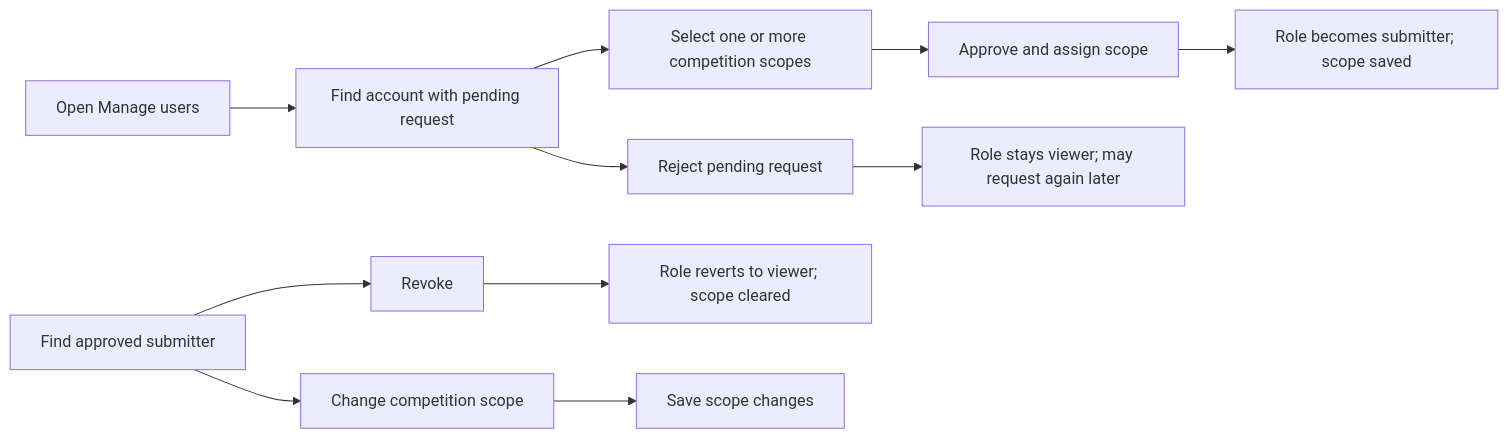
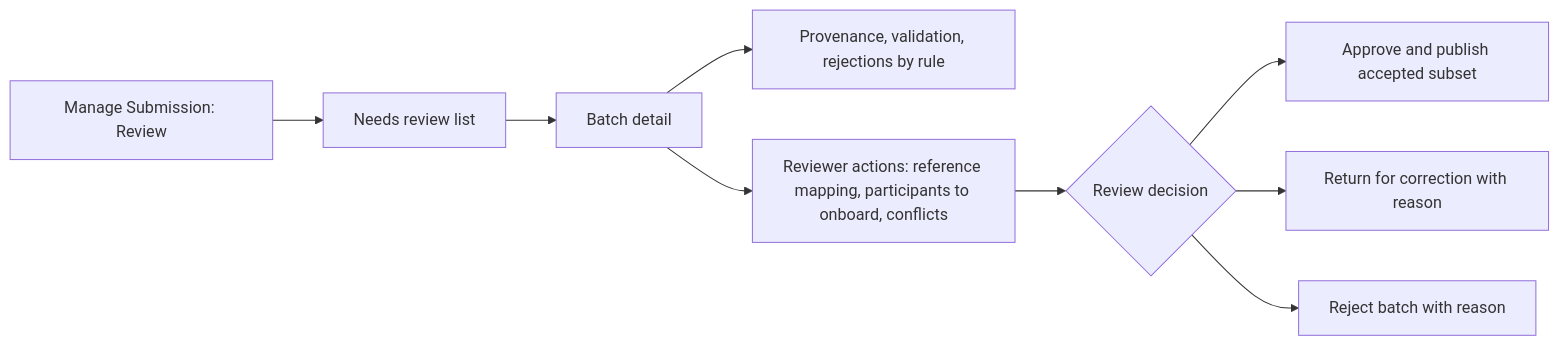
The sixth of 8 diagrams in docs/design/information-architecture-and-wireframes.md (NadavSundy/Sport-Analytics-Tool), drawn with Mermaid before and after one commit. The commit also changed other lines of this file and 10 other files, not shown here.

````diff
--- a/docs/design/information-architecture-and-wireframes.md
+++ b/docs/design/information-architecture-and-wireframes.md
@@ -211,15 +239,11 @@
 ```mermaid
 flowchart LR
-    A[Open Manage users] --> B[Find account with pending request]
-    B --> C[Select one or more competition scopes]
-    C --> D[Approve and assign scope]
-    D --> E[Role becomes submitter; scope saved]
-
-    B --> F[Reject pending request]
-    F --> G[Role stays viewer; may request again later]
-
-    H[Find approved submitter] --> I[Revoke]
-    I --> J[Role reverts to viewer; scope cleared]
-    H --> K[Change competition scope]
-    K --> L[Save scope changes]
+    A[Manage Submission: Review] --> B[Needs review list]
+    B --> C[Batch detail]
+    C --> D[Provenance, validation, rejections by rule]
+    C --> E[Reviewer actions: reference mapping, participants to onboard, conflicts]
+    E --> F{Review decision}
+    F --> G[Approve and publish accepted subset]
+    F --> H[Return for correction with reason]
+    F --> I[Reject batch with reason]
 ```
````
